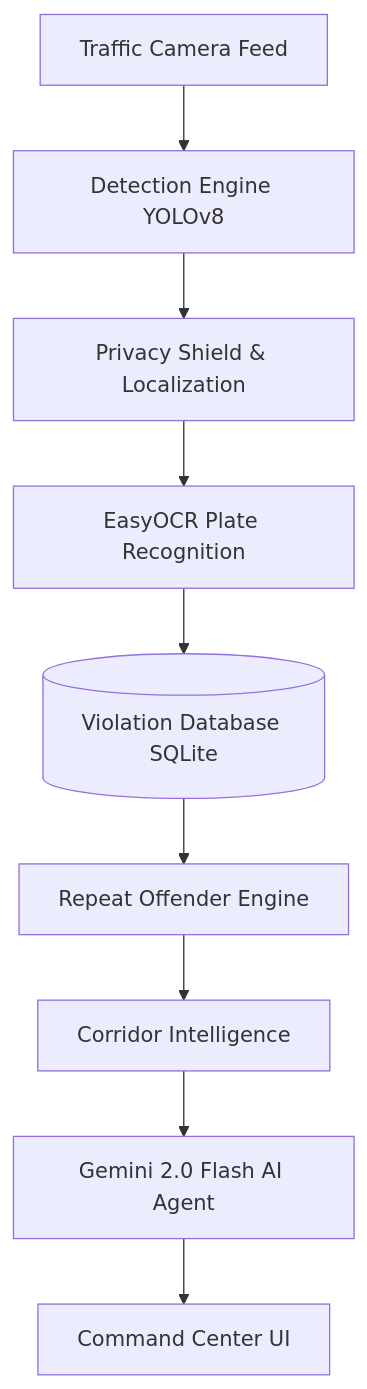
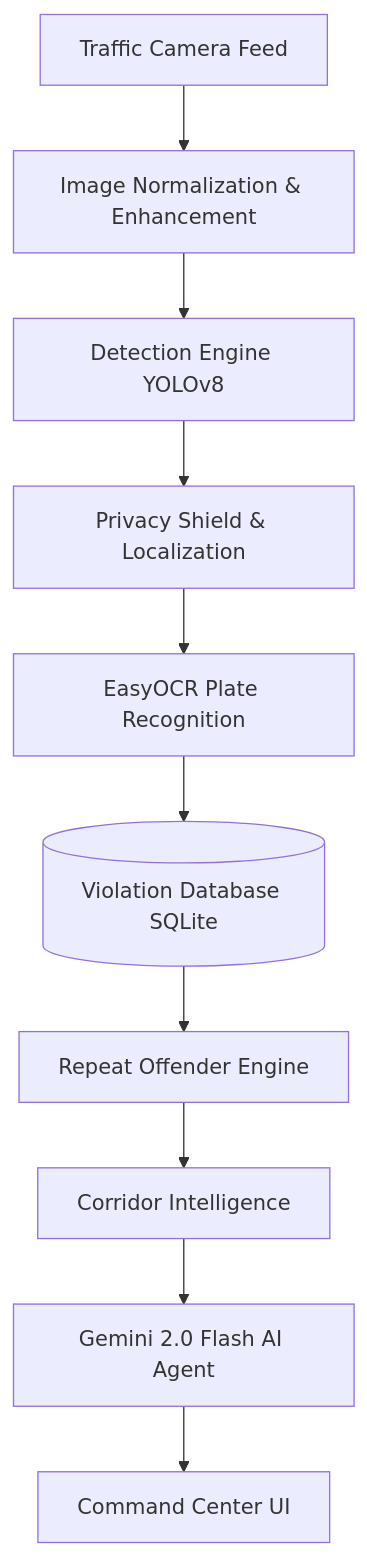
Before and after one commit to mmaroof487/SentinelAI: the diagram in README.md, drawn with Mermaid. The commit also changed other lines of this file, not shown here.

Commit message:
docs: Update README and architecture diagram with latest features

````diff
--- a/README.md
+++ b/README.md
@@ -26,11 +26,12 @@
 ```mermaid
 graph TD
-    A[Traffic Camera Feed] --> B[Detection Engine YOLOv8]
-    B --> C[Privacy Shield & Localization]
-    C --> D[EasyOCR Plate Recognition]
-    D --> E[(Violation Database SQLite)]
-    E --> F[Repeat Offender Engine]
-    F --> G[Corridor Intelligence]
-    G --> H[Gemini 2.0 Flash AI Agent]
-    H --> I[Command Center UI]
+    A[Traffic Camera Feed] --> B[Image Normalization & Enhancement]
+    B --> C[Detection Engine YOLOv8]
+    C --> D[Privacy Shield & Localization]
+    D --> E[EasyOCR Plate Recognition]
+    E --> F[(Violation Database SQLite)]
+    F --> G[Repeat Offender Engine]
+    G --> H[Corridor Intelligence]
+    H --> I[Gemini 2.0 Flash AI Agent]
+    I --> J[Command Center UI]
 ```
````
